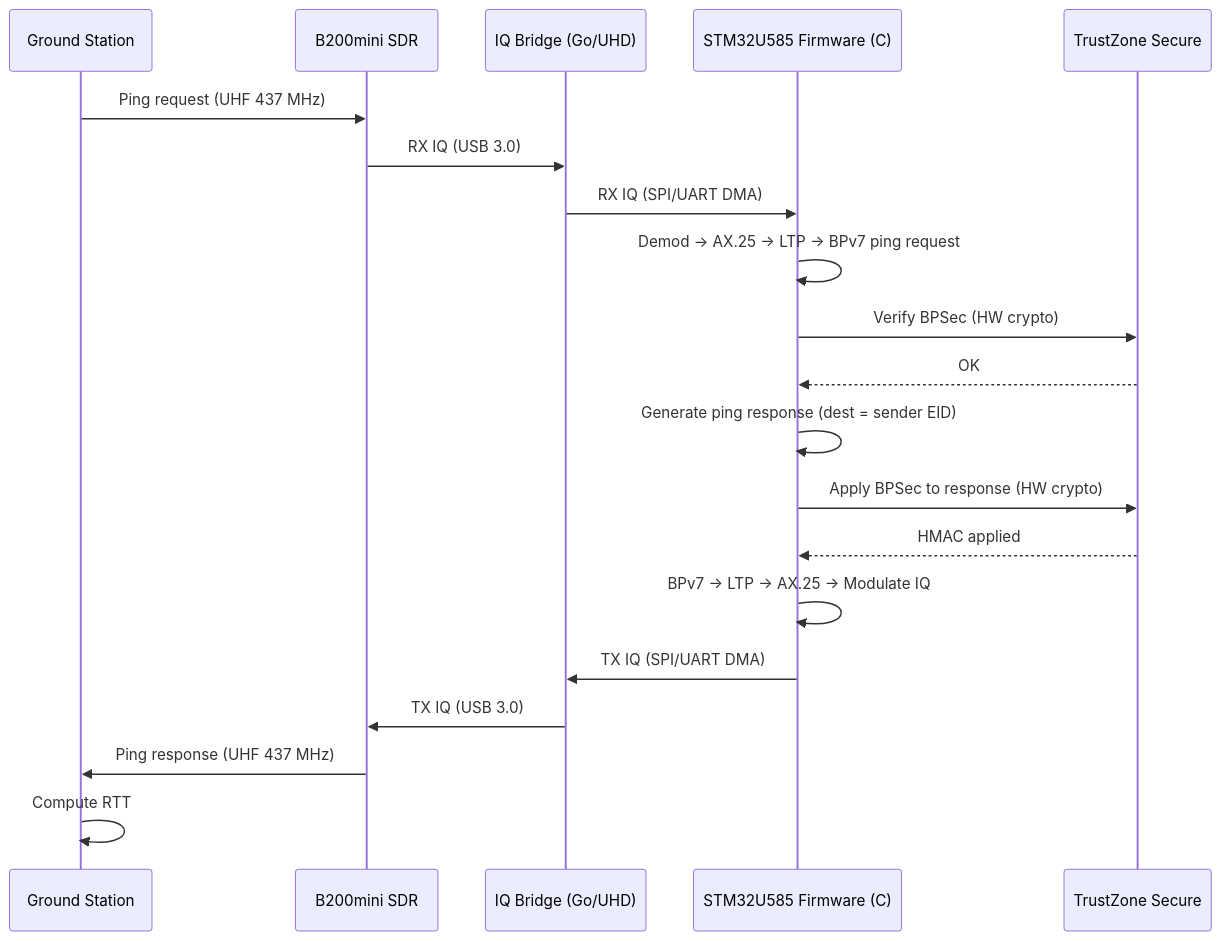
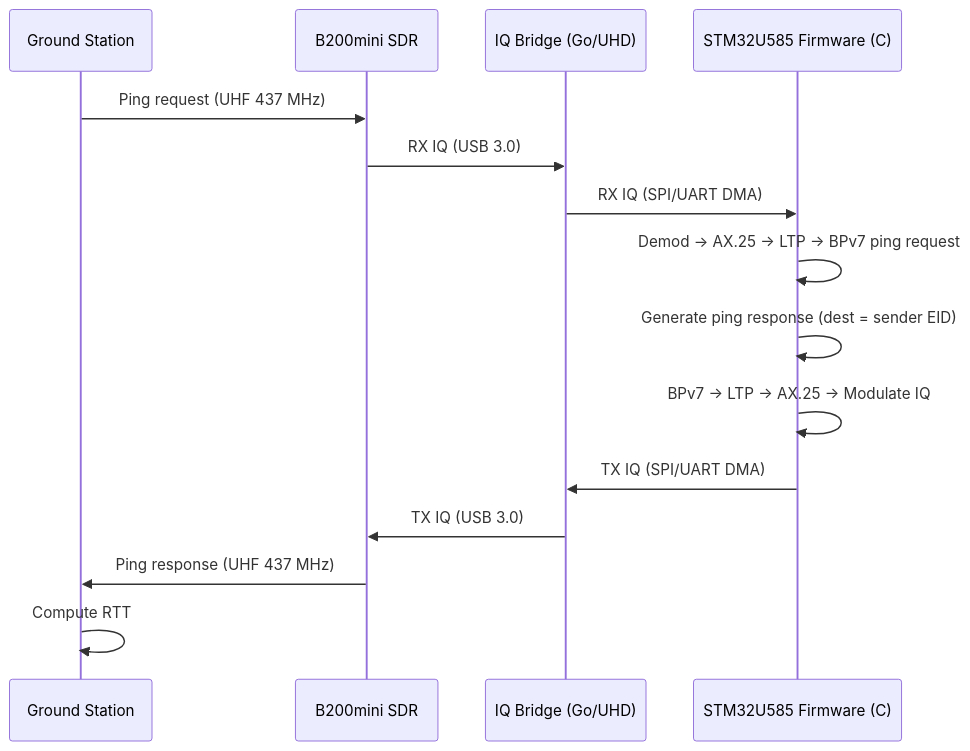
The fifth of 6 diagrams in docs/cubesat-em-phase2/design.md (g4dpz/cislunar_proposal), drawn with Mermaid before and after one commit. The commit also changed other lines of this file and 39 other files, not shown here.

First line of the commit message:
Remove BPSec, TrustZone, and crypto references for amateur radio compliance

````diff
--- a/docs/cubesat-em-phase2/design.md
+++ b/docs/cubesat-em-phase2/design.md
@@ -192,23 +182,18 @@
 ```mermaid
 sequenceDiagram
     participant GS as Ground Station
     participant B200 as B200mini SDR
     participant IQB as IQ Bridge (Go/UHD)
     participant FW as STM32U585 Firmware (C)
-    participant TZ as TrustZone Secure
 
     GS->>B200: Ping request (UHF 437 MHz)
     B200->>IQB: RX IQ (USB 3.0)
     IQB->>FW: RX IQ (SPI/UART DMA)
     FW->>FW: Demod → AX.25 → LTP → BPv7 ping request
-    FW->>TZ: Verify BPSec (HW crypto)
-    TZ-->>FW: OK
     FW->>FW: Generate ping response (dest = sender EID)
-    FW->>TZ: Apply BPSec to response (HW crypto)
-    TZ-->>FW: HMAC applied
     FW->>FW: BPv7 → LTP → AX.25 → Modulate IQ
     FW->>IQB: TX IQ (SPI/UART DMA)
     IQB->>B200: TX IQ (USB 3.0)
     B200->>GS: Ping response (UHF 437 MHz)
     GS->>GS: Compute RTT
 ```
````
